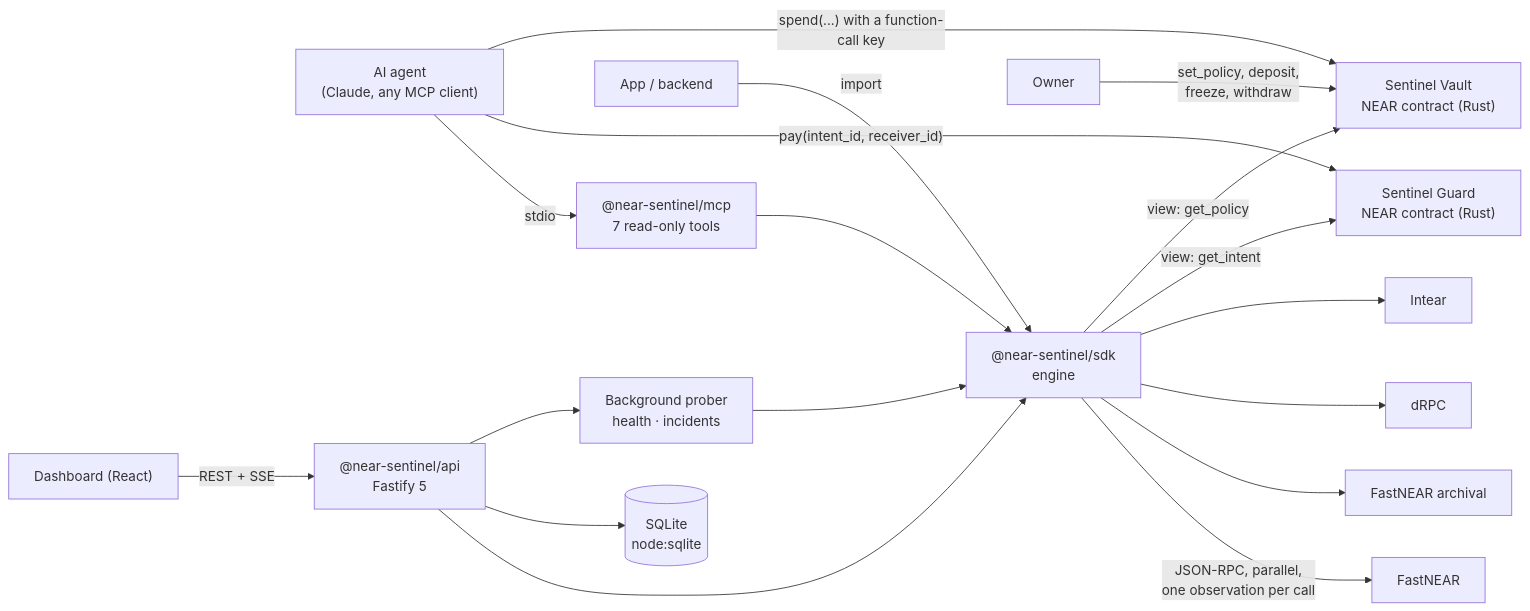
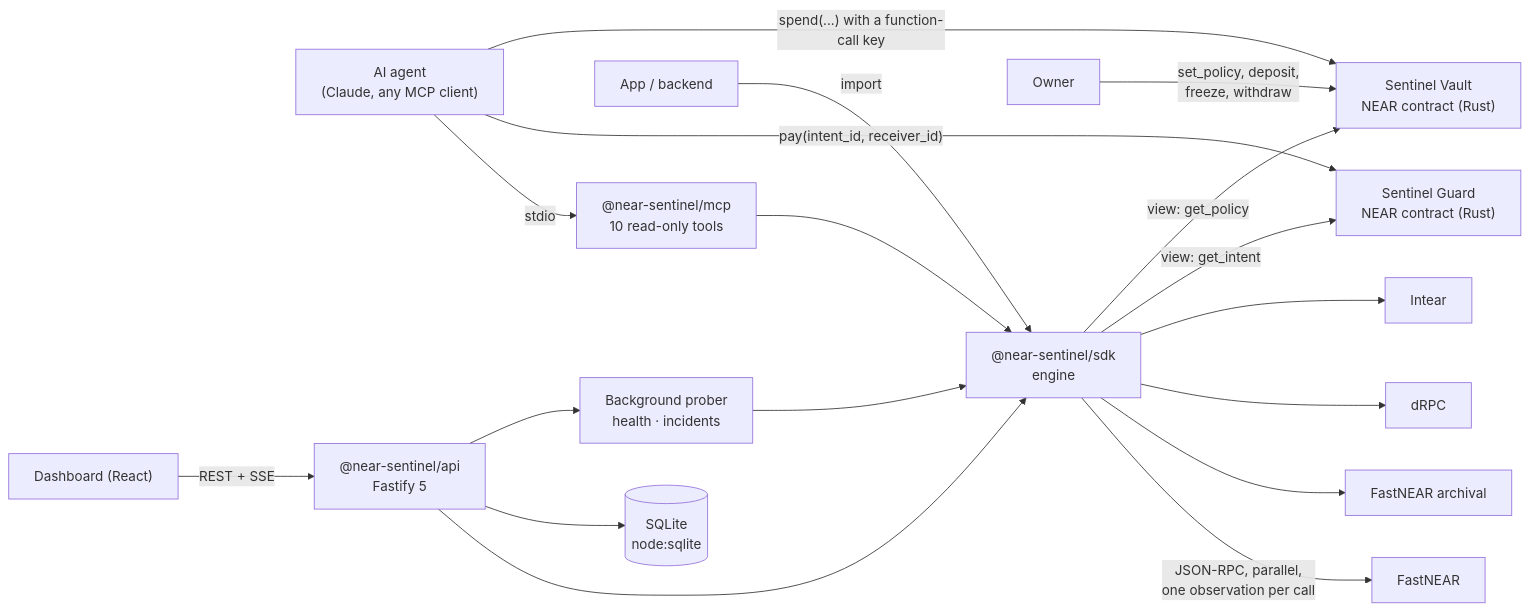
One commit to kariosg/near-sentinel changed the diagram in docs/architecture/ARCHITECTURE.md. Above: the diagram before and after it, drawn with Mermaid. The commit also changed other lines of this file and 34 other files, not shown here.

````diff
--- a/docs/architecture/ARCHITECTURE.md
+++ b/docs/architecture/ARCHITECTURE.md
@@ -3,20 +3,20 @@
 ```mermaid
 flowchart LR
-  agent["AI agent<br/>(Claude, any MCP client)"] -->|stdio| mcp["@near-sentinel/mcp<br/>7 read-only tools"]
+  agent["AI agent<br/>(Claude, any MCP client)"] -->|stdio| mcp["@near-sentinel/mcp<br/>10 read-only tools"]
   app["App / backend"] -->|import| sdk
   ui["Dashboard (React)"] -->|REST + SSE| api["@near-sentinel/api<br/>Fastify 5"]
   mcp --> sdk["@near-sentinel/sdk<br/>engine"]
   api --> sdk
   api --> db[("SQLite<br/>node:sqlite")]
   api --> prober["Background prober<br/>health · incidents"]
   prober --> sdk
   sdk -->|JSON-RPC, parallel,<br/>one observation per call| p1["FastNEAR"]
   sdk --> p2["FastNEAR archival"]
   sdk --> p3["dRPC"]
   sdk --> p4["Intear"]
   agent -->|"pay(intent_id, receiver_id)"| guard["Sentinel Guard<br/>NEAR contract (Rust)"]
   sdk -->|"view: get_intent"| guard
   owner["Owner"] -->|"set_policy, deposit,<br/>freeze, withdraw"| vault["Sentinel Vault<br/>NEAR contract (Rust)"]
   agent -->|"spend(...) with a function-call key"| vault
   sdk -->|"view: get_policy"| vault
 ```
````
